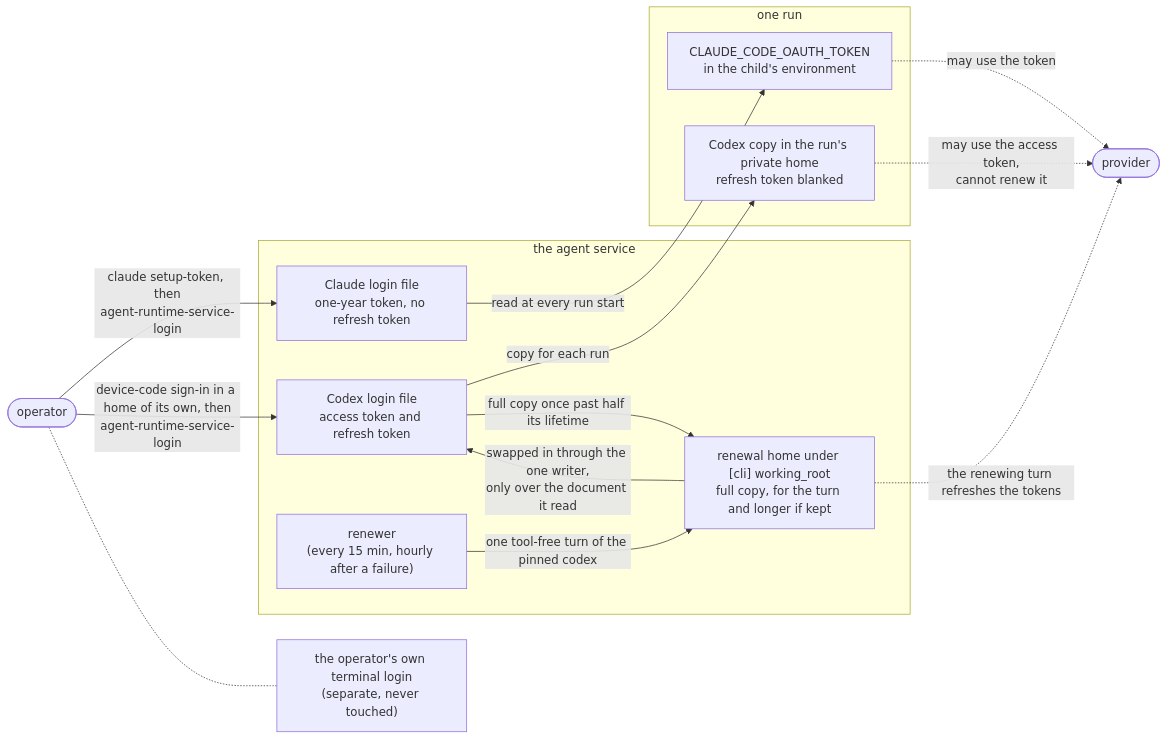
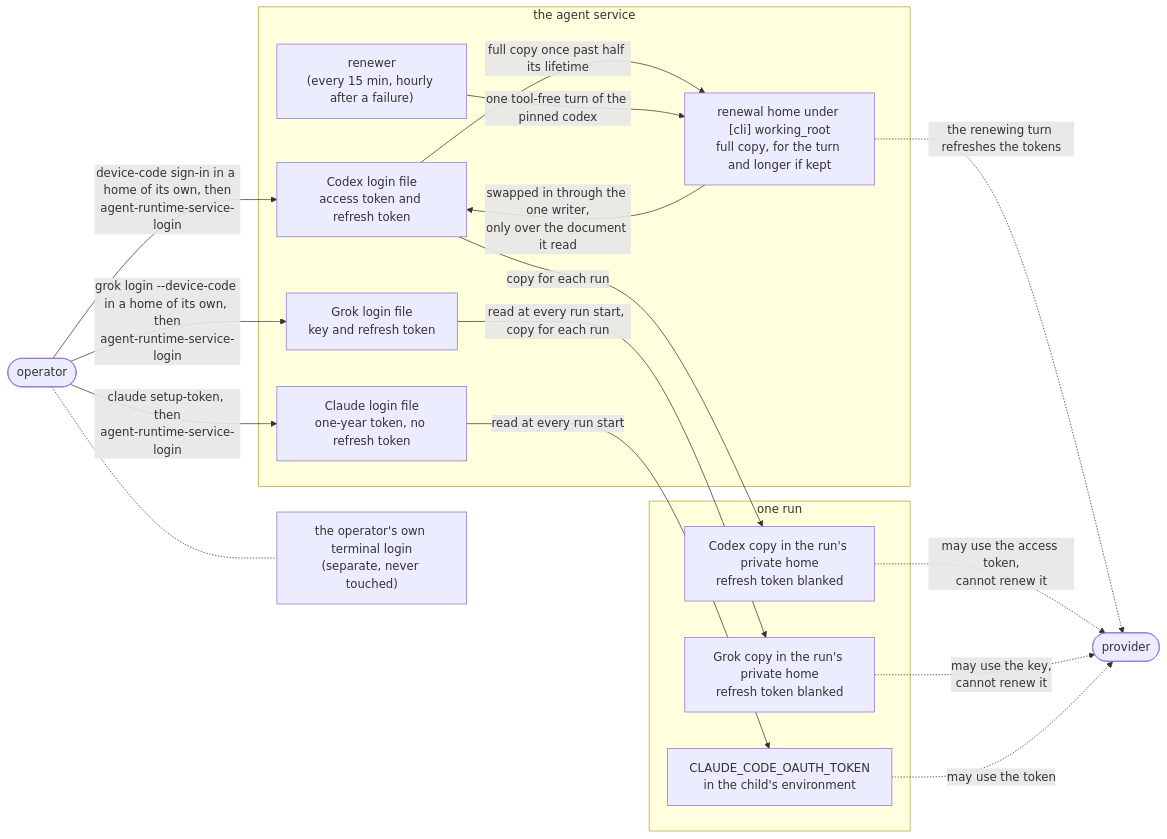
One commit to overnightworks/agent-runtime changed the third of 3 diagrams in docs/ARCHITECTURE.md. Above: the diagram before and after it, drawn with Mermaid. The commit also changed other lines of this file and 20 other files, not shown here.

First line of the commit message:
Serve Grok tool-free: [cli.xai], its login reader, version pin and run adapter

````diff
--- a/docs/ARCHITECTURE.md
+++ b/docs/ARCHITECTURE.md
@@ -117,29 +117,34 @@
 ```mermaid
 flowchart LR
     operator(["operator"])
     terminal["the operator's own terminal login<br/>(separate, never touched)"]
 
     subgraph service ["the agent service"]
         claudefile["Claude login file<br/>one-year token, no refresh token"]
         codexfile["Codex login file<br/>access token and refresh token"]
+        grokfile["Grok login file<br/>key and refresh token"]
         renewer["renewer<br/>(every 15 min, hourly after a failure)"]
         renewalhome["renewal home under [cli] working_root<br/>full copy, for the turn and longer if kept"]
     end
 
     subgraph runs ["one run"]
         claudeenv["CLAUDE_CODE_OAUTH_TOKEN<br/>in the child's environment"]
         codexcopy["Codex copy in the run's private home<br/>refresh token blanked"]
+        grokcopy["Grok copy in the run's private home<br/>refresh token blanked"]
     end
 
     operator -->|"claude setup-token, then<br/>agent-runtime-service-login"| claudefile
     operator -->|"device-code sign-in in a home of its own, then<br/>agent-runtime-service-login"| codexfile
+    operator -->|"grok login --device-code in a home of its own, then<br/>agent-runtime-service-login"| grokfile
     claudefile -->|"read at every run start"| claudeenv
+    grokfile -->|"read at every run start, copy for each run"| grokcopy
     codexfile -->|"copy for each run"| codexcopy
     codexfile -->|"full copy once past half its lifetime"| renewalhome
     renewer -->|"one tool-free turn of the pinned codex"| renewalhome
     renewalhome -->|"swapped in through the one writer,<br/>only over the document it read"| codexfile
     renewalhome -.->|"the renewing turn refreshes the tokens"| provider
     codexcopy -.->|"may use the access token,<br/>cannot renew it"| provider(["provider"])
+    grokcopy -.->|"may use the key,<br/>cannot renew it"| provider
     claudeenv -.->|"may use the token"| provider
     operator -.- terminal
 ```
````
